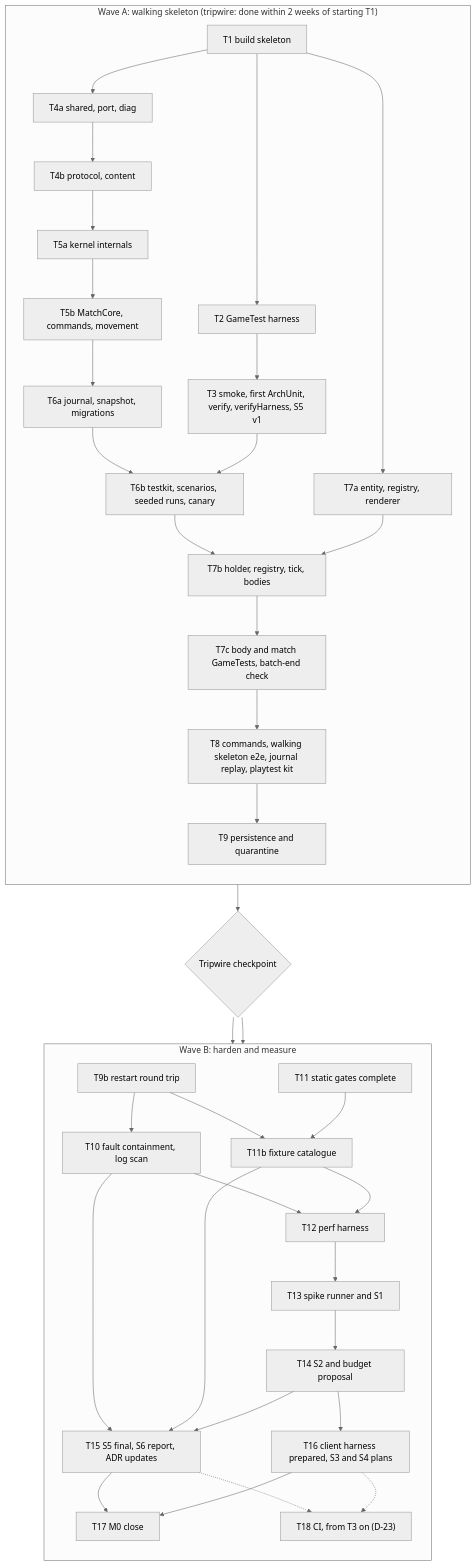
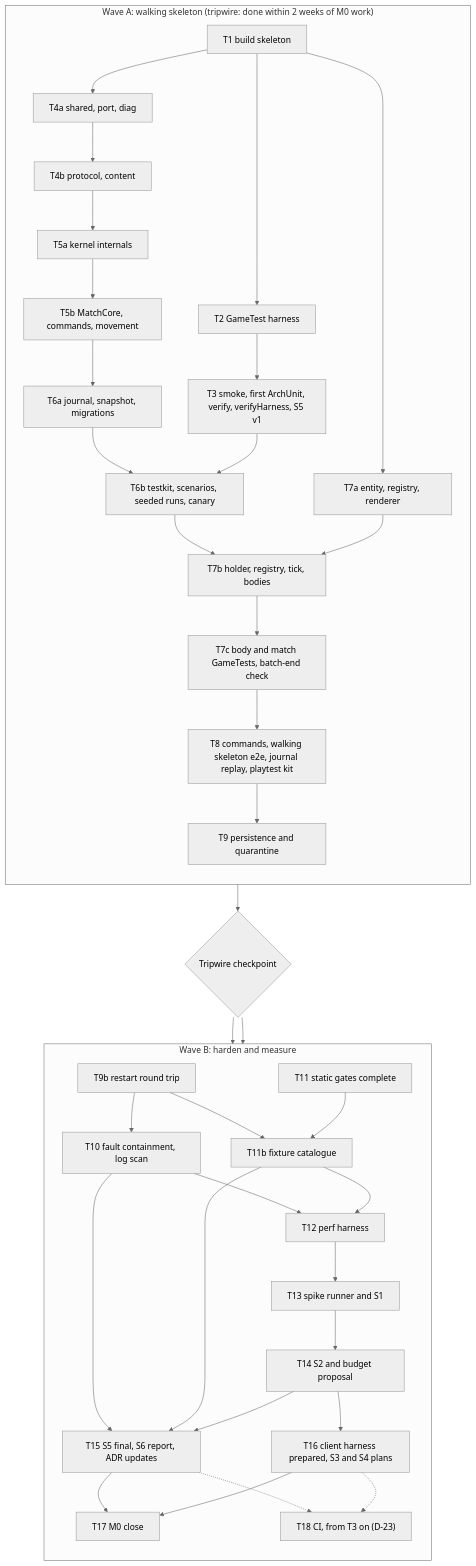
One commit to o-e-lytvynskyi/strategos changed the fourth of 4 diagrams in docs/milestones/M0-foundation.md. Above: the diagram before and after it, drawn with Mermaid (neutral theme). The commit also changed other lines of this file and 11 other files, not shown here.

````diff
--- a/docs/milestones/M0-foundation.md
+++ b/docs/milestones/M0-foundation.md
@@ -3621,39 +3646,39 @@
 ```mermaid
 flowchart TB
-  subgraph A["Wave A: walking skeleton (tripwire: done within 2 weeks of starting T1)"]
+  subgraph A["Wave A: walking skeleton (tripwire: done within 2 weeks of M0 work)"]
     direction TB
     T1["T1 build skeleton"] --> T2["T2 GameTest harness"] --> T3["T3 smoke, first ArchUnit, verify, verifyHarness, S5 v1"]
     T1 --> T4a["T4a shared, port, diag"] --> T4b["T4b protocol, content"] --> T5a["T5a kernel internals"] --> T5b["T5b MatchCore, commands, movement"]
     T5b --> T6a["T6a journal, snapshot, migrations"] --> T6b["T6b testkit, scenarios, seeded runs, canary"]
     T3 --> T6b
     T1 --> T7a["T7a entity, registry, renderer"]
     T6b --> T7b["T7b holder, registry, tick, bodies"]
     T7a --> T7b --> T7c["T7c body and match GameTests, batch-end check"] --> T8["T8 commands, walking skeleton e2e, journal replay, playtest kit"] --> T9["T9 persistence and quarantine"]
   end
   T9 --> CP{"Tripwire checkpoint"}
   CP --> T9b["T9b restart round trip"]
   CP --> T11["T11 static gates complete"]
   T9b --> T10["T10 fault containment, log scan"]
   T9b --> T11b["T11b fixture catalogue"]
   T11 --> T11b
   T10 --> T12["T12 perf harness"]
   T11b --> T12
   subgraph B["Wave B: harden and measure"]
     direction TB
     T9b
     T10
     T11
     T11b
     T12 --> T13["T13 spike runner and S1"] --> T14["T14 S2 and budget proposal"] --> T16["T16 client harness prepared, S3 and S4 plans"]
     T15["T15 S5 final, S6 report, ADR updates"]
     T17["T17 M0 close"]
     T18["T18 CI, from T3 on (D-23)"]
   end
   T10 --> T15
   T11b --> T15
   T14 --> T15
   T15 --> T17
   T16 --> T17
   T15 -.-> T18
   T16 -.-> T18
 ```
````
